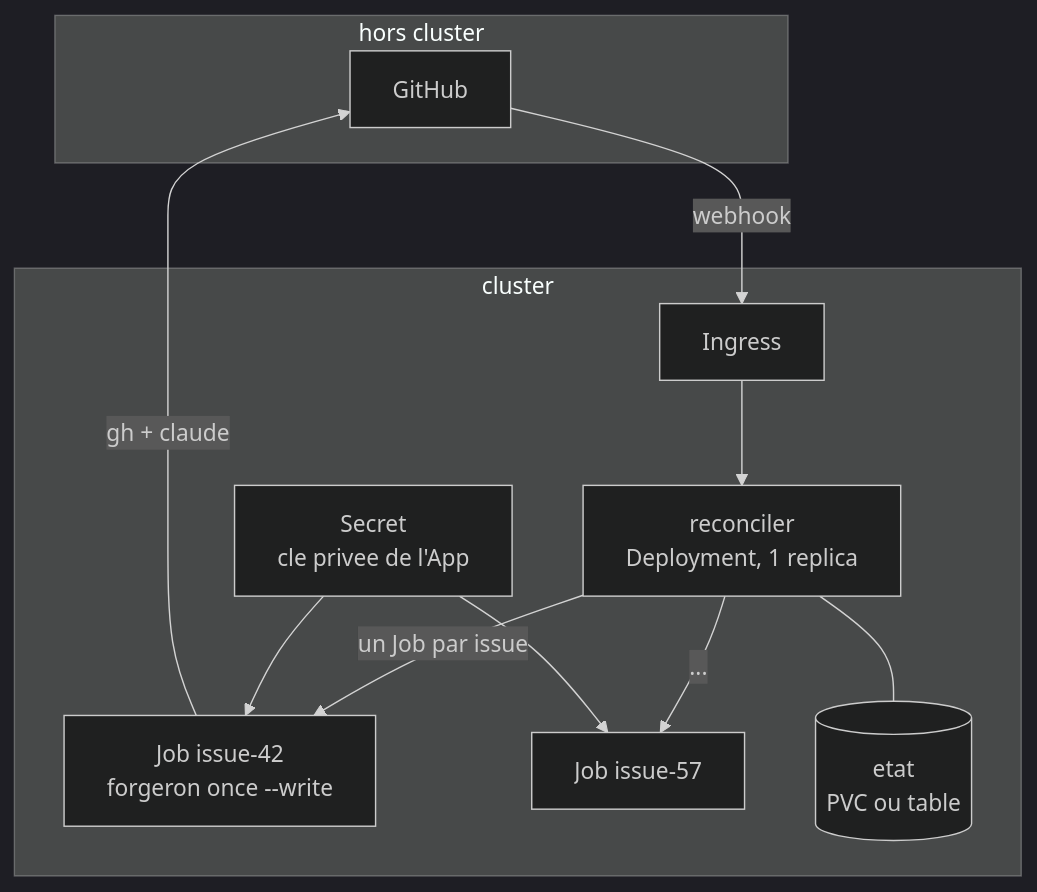
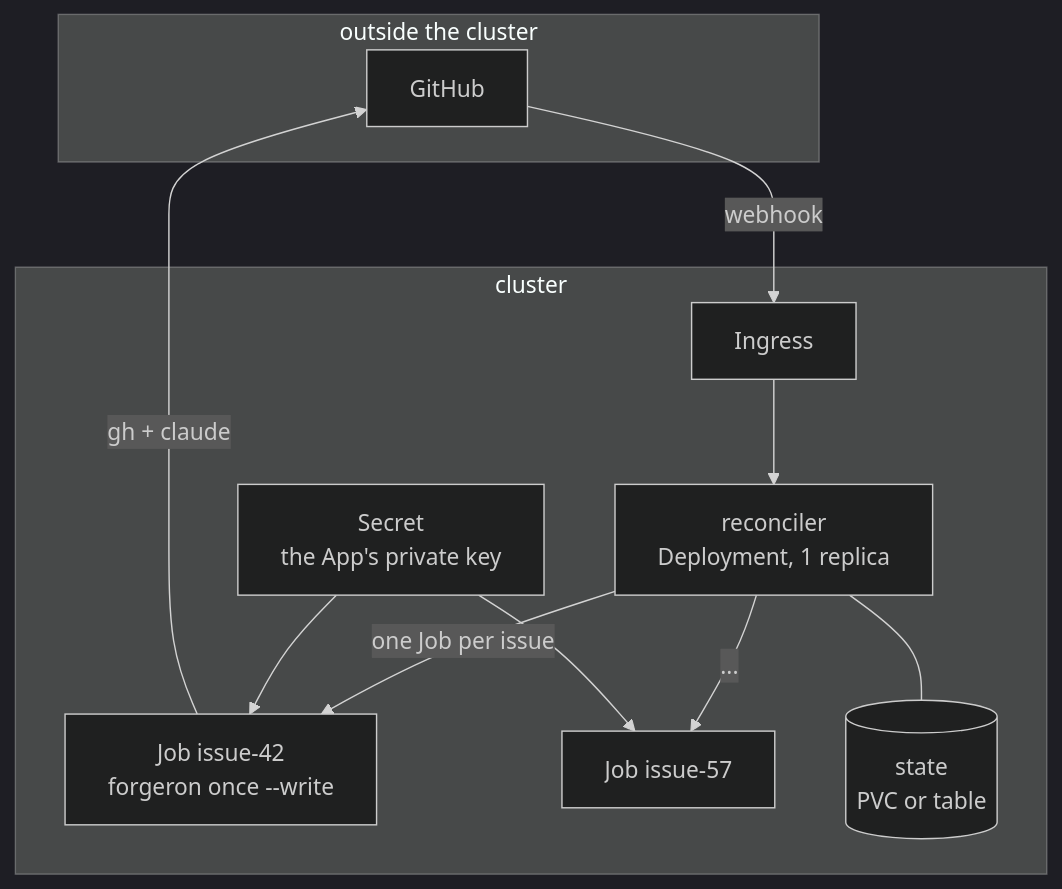
Before and after one commit to MasterLaplace/LplCraftSkills: the diagram in forgeron/docs/CLUSTER.md, drawn with Mermaid (dark theme). The commit also changed 16 other files, not shown here.

First line of the commit message:
docs: Mermaid diagram text moves to English, the prose stays French

````diff
--- a/forgeron/docs/CLUSTER.md
+++ b/forgeron/docs/CLUSTER.md
@@ -45,16 +45,16 @@
 ```mermaid
 graph TB
-    subgraph "hors cluster"
+    subgraph "outside the cluster"
         GH[GitHub]
     end
     subgraph "cluster"
         ING[Ingress] --> REC[reconciler<br/>Deployment, 1 replica]
-        REC -->|un Job par issue| J1[Job issue-42<br/>forgeron once --write]
+        REC -->|one Job per issue| J1[Job issue-42<br/>forgeron once --write]
         REC -->|...| J2[Job issue-57]
-        REC --- ST[(etat<br/>PVC ou table)]
-        SEC[Secret<br/>cle privee de l'App] --> J1
+        REC --- ST[(state<br/>PVC or table)]
+        SEC[Secret<br/>the App's private key] --> J1
         SEC --> J2
     end
     GH -->|webhook| ING
     J1 -->|gh + claude| GH
 ```
````
